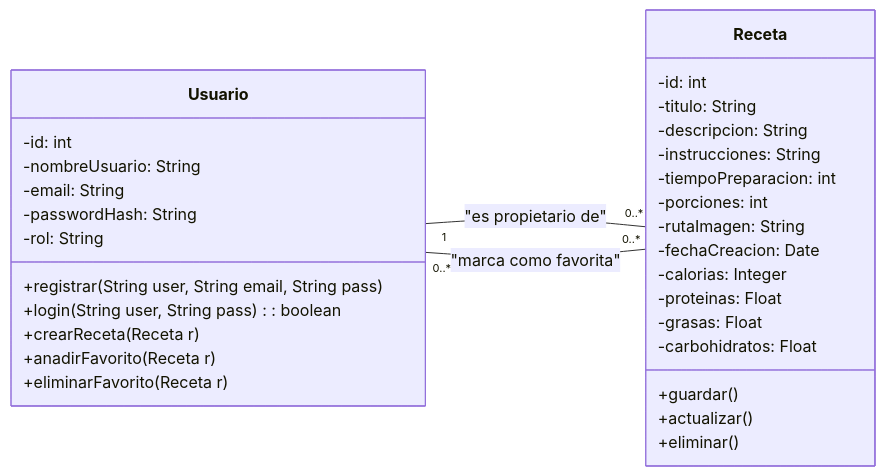
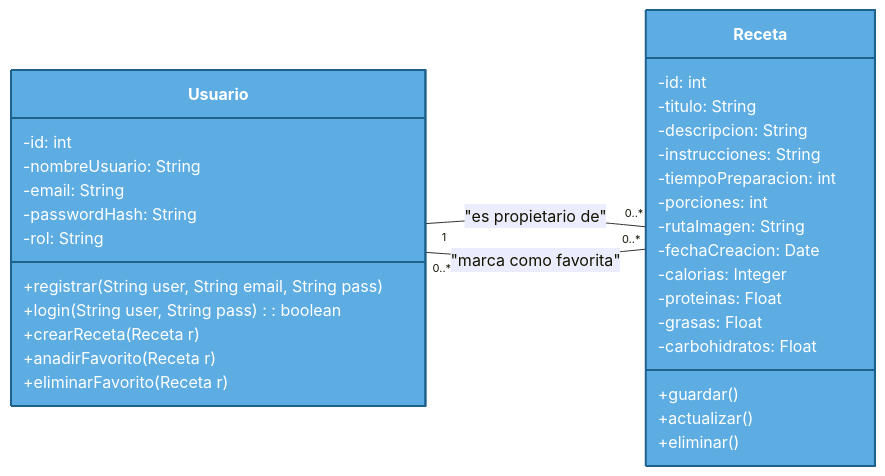
The second of 3 diagrams in README.md (javiiariass/DAW_Practica), drawn with Mermaid before and after one commit. The commit also changed other lines of this file, not shown here.

Commit message:
diagramas arreglados

````diff
--- a/README.md
+++ b/README.md
@@ -569,4 +569,15 @@
     %% Una Receta puede ser favorita de 0 o más Usuarios.
 
     Usuario "0..*" -- "0..*" Receta : "marca como favorita"
+    
+    %% Estilos
+
+%% ENTIDADES
+
+    class Usuario:::entity
+
+    class Receta:::entity
+     %% DEFINICIÓN DE ESTILOS
+
+    classDef entity fill:#5dade2,stroke:#1f618d,stroke-width:2px,color:#fff;
 ```
````
